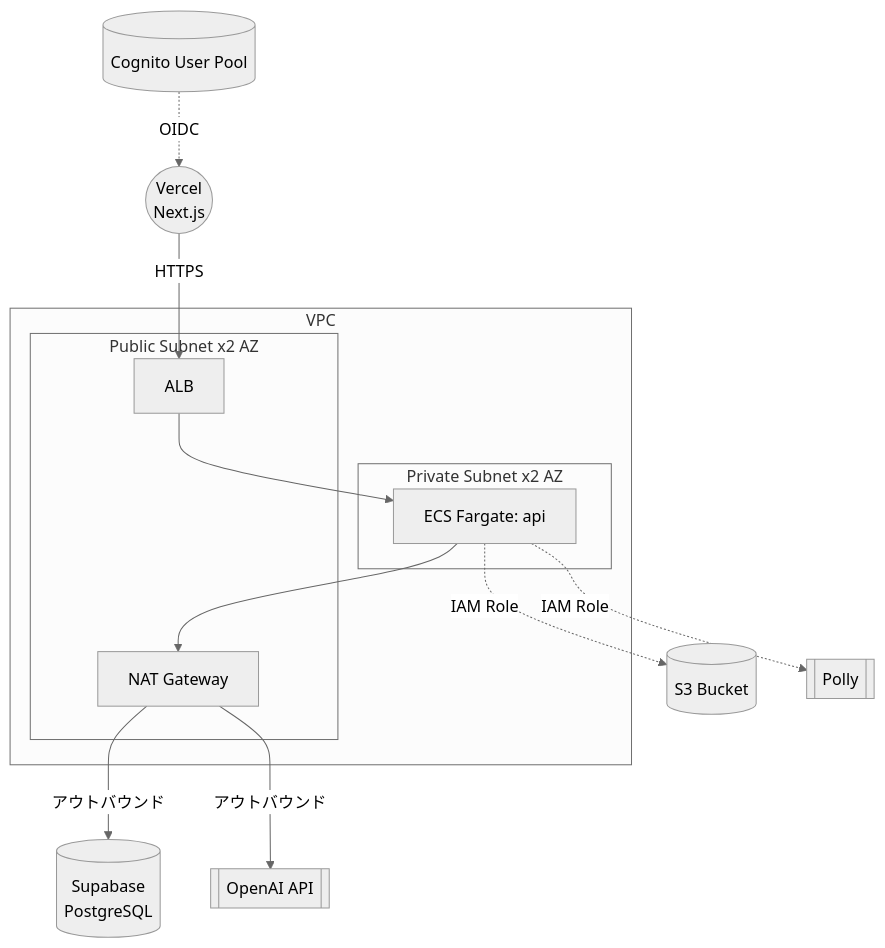
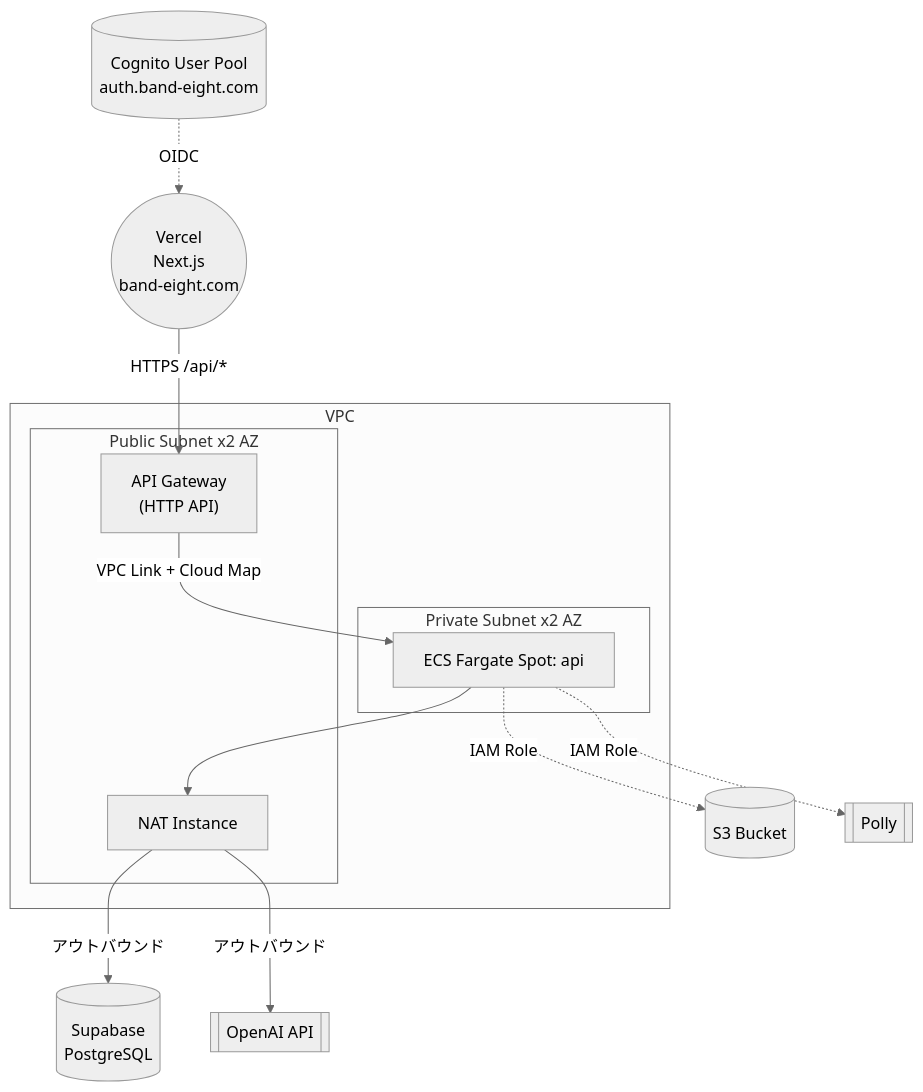
The second of 2 diagrams in docs/システム要件定義書.md (h-fujiwara-dev/ielts-creater), drawn with Mermaid (neutral theme) before and after one commit. The commit also changed other lines of this file and 2 other files, not shown here.

````diff
--- a/docs/システム要件定義書.md
+++ b/docs/システム要件定義書.md
@@ -265,24 +266,24 @@
 ```mermaid
 flowchart TB
-    Vercel((Vercel<br/>Next.js))
+    Vercel(("Vercel<br/>Next.js<br/>band-eight.com"))
     Supabase[(Supabase<br/>PostgreSQL)]
 
     subgraph VPC["VPC"]
         subgraph Public["Public Subnet x2 AZ"]
-            ALB[ALB]
-            NAT[NAT Gateway]
+            APIGW["API Gateway<br/>(HTTP API)"]
+            NAT[NAT Instance]
         end
         subgraph Private["Private Subnet x2 AZ"]
-            ApiTask[ECS Fargate: api]
+            ApiTask[ECS Fargate Spot: api]
         end
     end
 
-    Vercel -->|HTTPS| ALB
-    ALB --> ApiTask
+    Vercel -->|"HTTPS /api/*"| APIGW
+    APIGW -->|VPC Link + Cloud Map| ApiTask
     ApiTask --> NAT
     NAT -->|アウトバウンド| Supabase
     NAT -->|アウトバウンド| OpenAI[[OpenAI API]]
     ApiTask -.IAM Role.-> S3[(S3 Bucket)]
     ApiTask -.IAM Role.-> Polly[[Polly]]
-    Cognito[(Cognito User Pool)] -.OIDC.-> Vercel
+    Cognito[(Cognito User Pool<br/>auth.band-eight.com)] -.OIDC.-> Vercel
 ```
````
